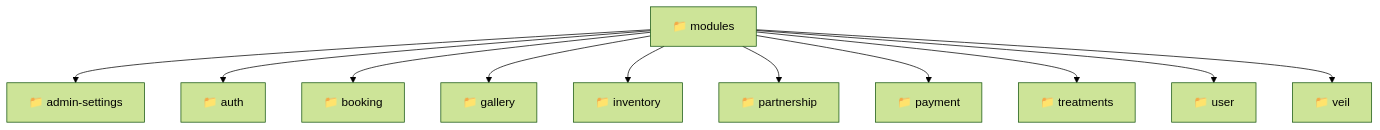
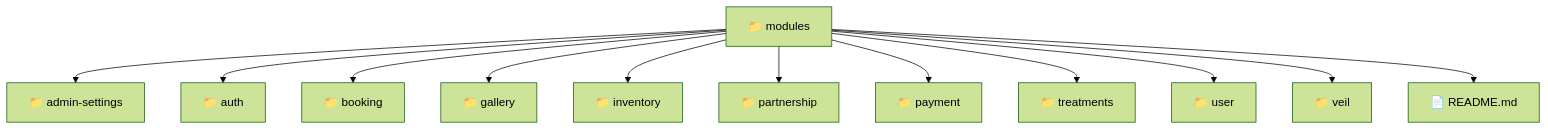
Before and after one commit to beginwebdev2002/fullstack-mavluda: the diagram in backend/src/modules/README.md, drawn with Mermaid (forest theme). The commit also changed other lines of this file and 158 other files, not shown here.

First line of the commit message:
chore: autogenerate luxury professional README.md files for full architectural transparency

````diff
--- a/backend/src/modules/README.md
+++ b/backend/src/modules/README.md
@@ -9,14 +9,15 @@
 ```mermaid
 graph TD
   Root["📁 modules"]
-  Root --> admin-settings["📁 admin-settings"]
+  Root --> admin_settings["📁 admin-settings"]
   Root --> auth["📁 auth"]
   Root --> booking["📁 booking"]
   Root --> gallery["📁 gallery"]
   Root --> inventory["📁 inventory"]
   Root --> partnership["📁 partnership"]
   Root --> payment["📁 payment"]
   Root --> treatments["📁 treatments"]
   Root --> user["📁 user"]
   Root --> veil["📁 veil"]
+  Root --> README_md["📄 README.md"]
 ```
````
